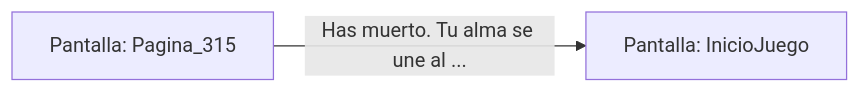
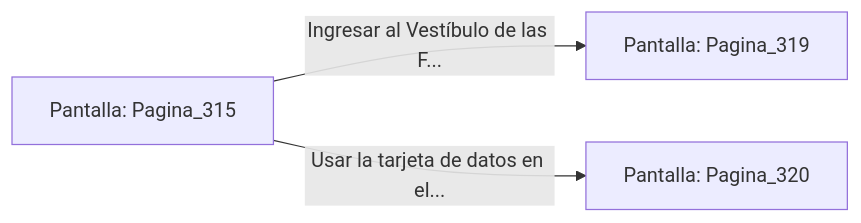
One commit to metsuke/mpl changed the diagram in sample/eligejuego-vault/Pantalla_Pagina_315.md. Above: the diagram before and after it, drawn with Mermaid. The commit also changed other lines of this file and 635 other files, not shown here.

First line of the commit message:
fix: añadir Pagina_1 como pantalla inicial en capitulo_01.mpl

````diff
--- a/sample/eligejuego-vault/Pantalla_Pagina_315.md
+++ b/sample/eligejuego-vault/Pantalla_Pagina_315.md
@@ -17,5 +24,6 @@
 ```mermaid
 graph LR
     P_Pagina_315["Pantalla: Pagina_315"]
-    P_Pagina_315 -->|"Has muerto. Tu alma se une al ..."| P_InicioJuego["Pantalla: InicioJuego"]
+    P_Pagina_315 -->|"Ingresar al Vestíbulo de las F..."| P_Pagina_319["Pantalla: Pagina_319"]
+    P_Pagina_315 -->|"Usar la tarjeta de datos en el..."| P_Pagina_320["Pantalla: Pagina_320"]
 ```
````
